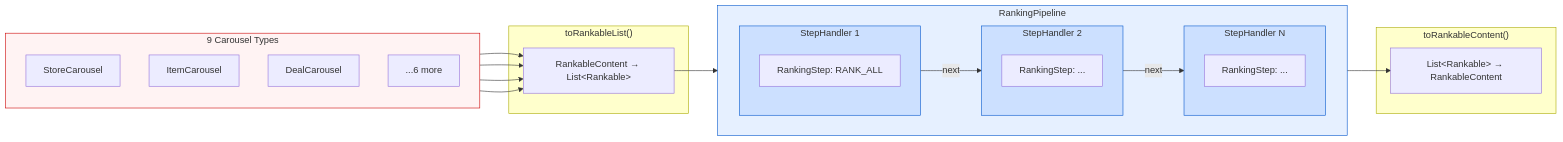
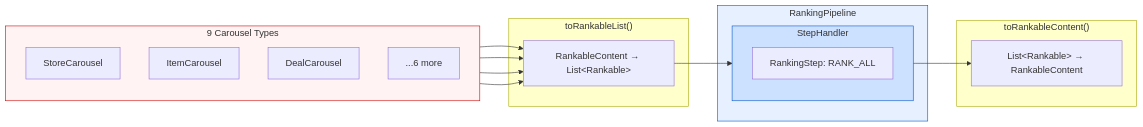
One commit to daniel-fonyo/dd-brain changed the first of 3 diagrams in unified-blending-platform/spec/rfc-abstraction-layer.md. Above: the diagram before and after it, drawn with Mermaid. The commit also changed other lines of this file, not shown here.

First line of the commit message:
RFC: editorial pass 2 — diagram, prose trimming, future-state visual

````diff
--- a/unified-blending-platform/spec/rfc-abstraction-layer.md
+++ b/unified-blending-platform/spec/rfc-abstraction-layer.md
@@ -113,49 +113,38 @@
 ```mermaid
 flowchart LR
     subgraph sources["9 Carousel Types"]
         direction TB
         T1["StoreCarousel"]
         T2["ItemCarousel"]
         T3["DealCarousel"]
         T4["...6 more"]
     end
 
     subgraph convert["toRankableList()"]
         A["RankableContent → List&lt;Rankable&gt;"]
     end
 
     T1 --> A
     T2 --> A
     T3 --> A
     T4 --> A
 
     subgraph pipeline["RankingPipeline"]
-        direction LR
-        subgraph handler1["StepHandler 1"]
+        subgraph handler1["StepHandler"]
             S1["RankingStep: RANK_ALL"]
         end
-        subgraph handler2["StepHandler 2"]
-            S2["RankingStep: ..."]
-        end
-        subgraph handlerN["StepHandler N"]
-            SN["RankingStep: ..."]
-        end
-        handler1 -- "next" --> handler2
-        handler2 -- "next" --> handlerN
     end
 
     A --> handler1
-    handlerN --> WB
+    handler1 --> WB
 
     subgraph writeback["toRankableContent()"]
         WB["List&lt;Rankable&gt; → RankableContent"]
     end
 
     style sources fill:#fff3f3,stroke:#cc0000
     style convert fill:#ffffcc,stroke:#aaaa00
     style pipeline fill:#e6f0ff,stroke:#0055cc
     style handler1 fill:#cce0ff,stroke:#0055cc
-    style handler2 fill:#cce0ff,stroke:#0055cc
-    style handlerN fill:#cce0ff,stroke:#0055cc
     style writeback fill:#ffffcc,stroke:#aaaa00
 ```
````
